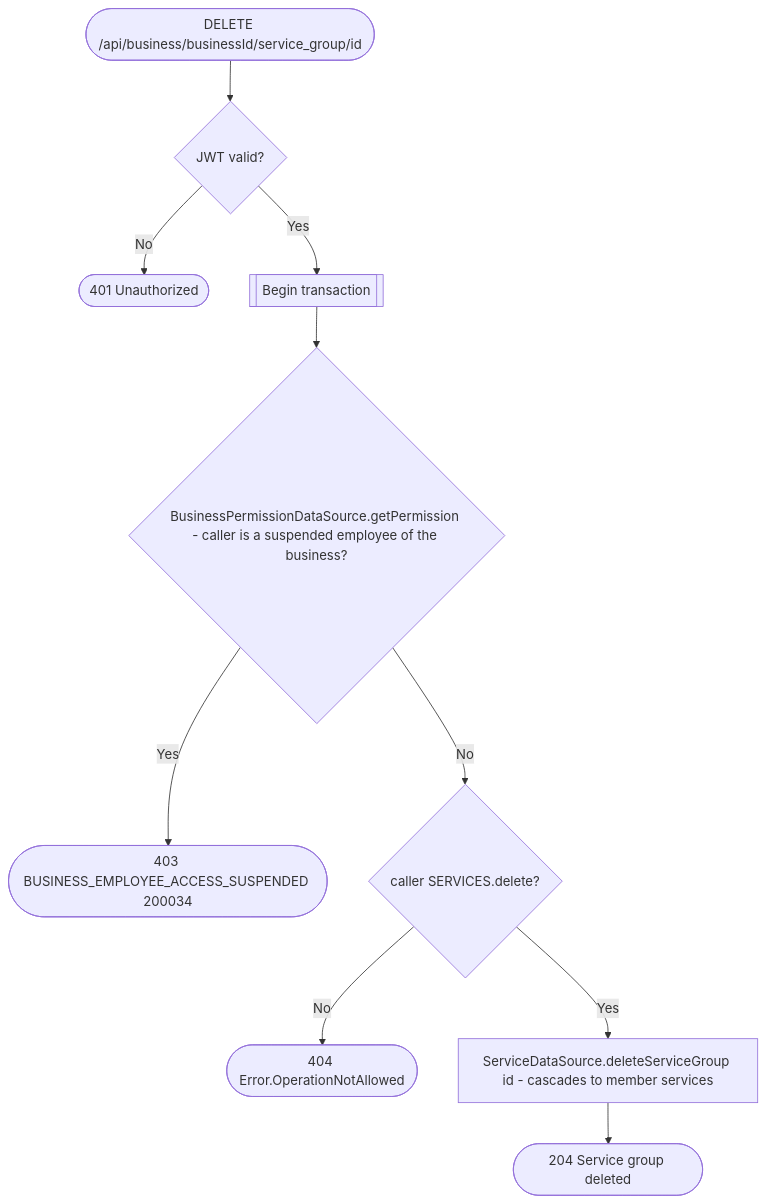
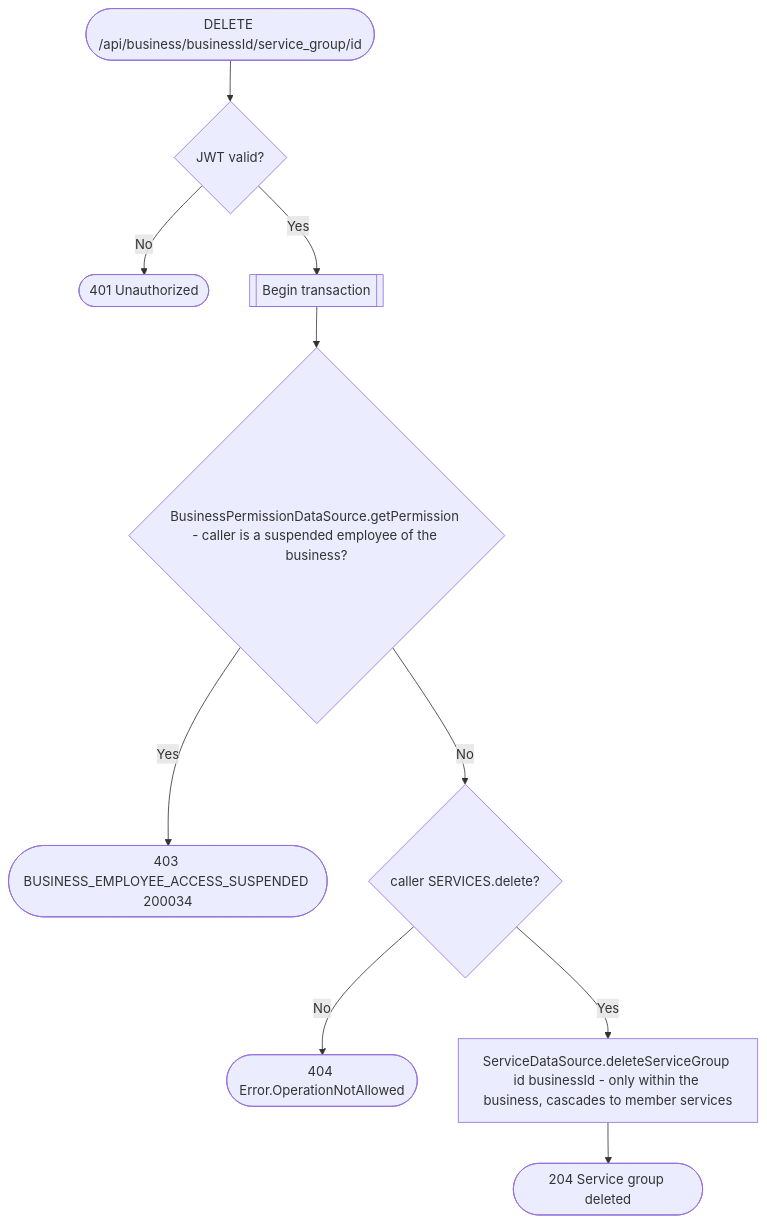
One commit to an22/bookk.me-backend changed the diagram in docs/operations/business/delete-service-group.md. Above: the diagram before and after it, drawn with Mermaid. The commit also changed other lines of this file and 46 other files, not shown here.

````diff
--- a/docs/operations/business/delete-service-group.md
+++ b/docs/operations/business/delete-service-group.md
@@ -8,12 +15,12 @@
 ```mermaid
 flowchart TD
     Start([DELETE /api/business/businessId/service_group/id]) --> Auth{JWT valid?}
     Auth -- No --> R401([401 Unauthorized])
     Auth -- Yes --> Tx[[Begin transaction]]
     Tx --> Suspended{BusinessPermissionDataSource.getPermission - caller is a suspended employee of the business?}
     Suspended -- Yes --> R403s([403 BUSINESS_EMPLOYEE_ACCESS_SUSPENDED 200034])
     Suspended -- No --> Perm{caller SERVICES.delete?}
     Perm -- No --> R404([404 Error.OperationNotAllowed])
-    Perm -- Yes --> Delete[ServiceDataSource.deleteServiceGroup id - cascades to member services]
+    Perm -- Yes --> Delete[ServiceDataSource.deleteServiceGroup id businessId - only within the business, cascades to member services]
     Delete --> R204([204 Service group deleted])
 ```
````
